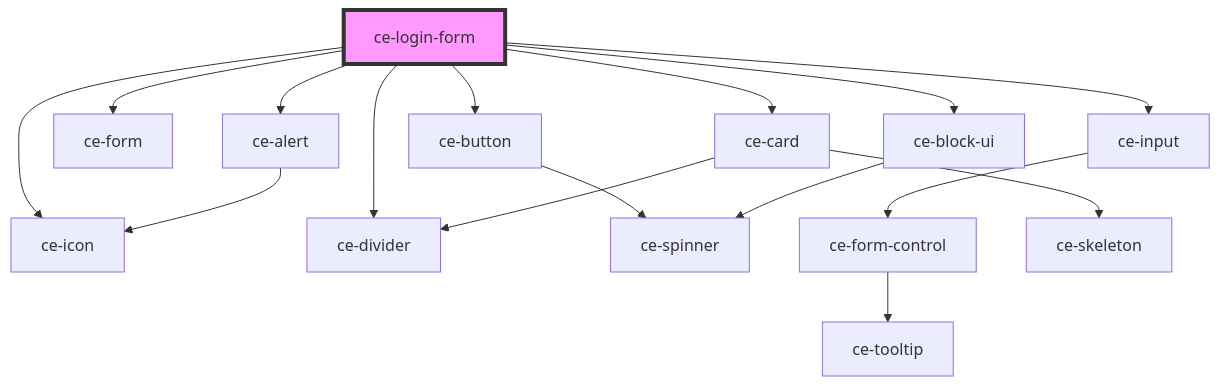
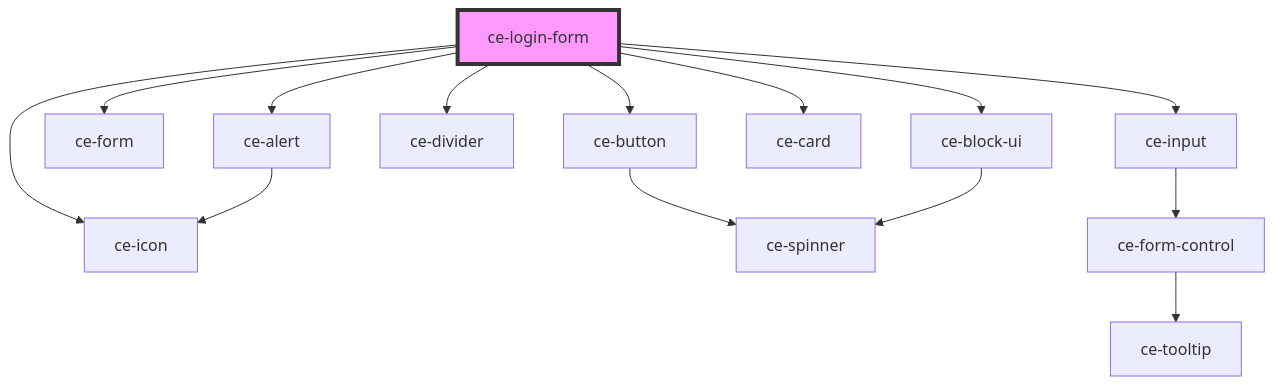
The diagram in packages/components/src/components/controllers/login/readme.md (surecart/surecart-wp-plugin), drawn with Mermaid before and after one commit. The commit also changed 118 other files, not shown here.

````diff
--- a/packages/components/src/components/controllers/login/readme.md
+++ b/packages/components/src/components/controllers/login/readme.md
@@ -29,19 +29,17 @@
 ```mermaid
 graph TD;
   ce-login-form --> ce-alert
   ce-login-form --> ce-icon
   ce-login-form --> ce-form
   ce-login-form --> ce-button
   ce-login-form --> ce-divider
   ce-login-form --> ce-input
   ce-login-form --> ce-card
   ce-login-form --> ce-block-ui
   ce-alert --> ce-icon
   ce-button --> ce-spinner
   ce-input --> ce-form-control
   ce-form-control --> ce-tooltip
-  ce-card --> ce-skeleton
-  ce-card --> ce-divider
   ce-block-ui --> ce-spinner
   style ce-login-form fill:#f9f,stroke:#333,stroke-width:4px
 ```
````
